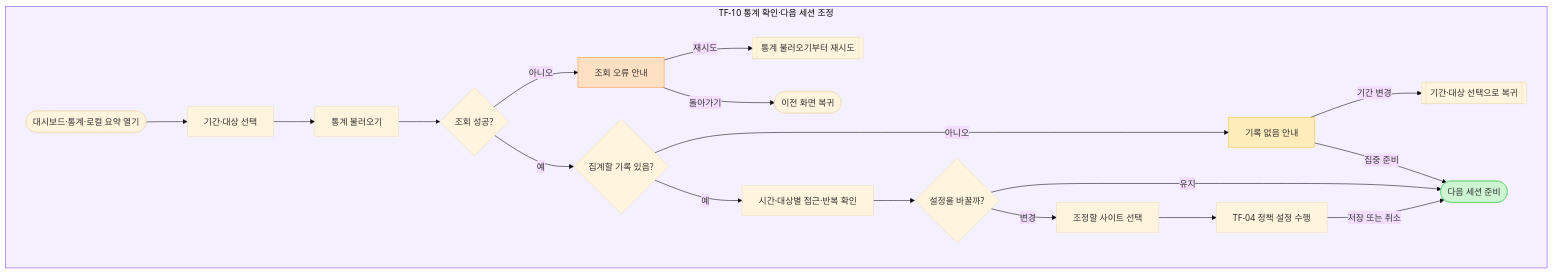
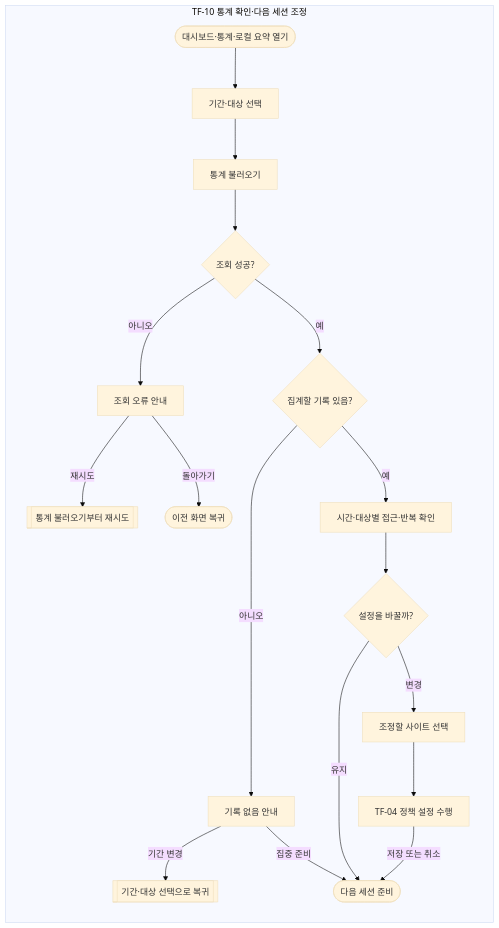
Before and after one commit to kdu-sw-capstone/capstone-project: the tenth of 13 diagrams in docs/design/01_UX_기능설계/FOCURVE_Task_Flow_v1.0.md, drawn with Mermaid (base theme). The commit also changed other lines of this file and 34 other files, not shown here.

````diff
--- a/docs/design/01_UX_기능설계/FOCURVE_Task_Flow_v1.0.md
+++ b/docs/design/01_UX_기능설계/FOCURVE_Task_Flow_v1.0.md
@@ -590,40 +559,37 @@
 ```mermaid
 flowchart TB
 subgraph taskTen["TF-10 통계 확인·다음 세션 조정"]
+    direction TB
 statOpen(["대시보드·통계·로컬 요약 열기"])
 statPeriod["기간·대상 선택"]
 statLoad["통계 불러오기"]
 statLoaded{"조회 성공?"}
 statError["조회 오류 안내"]
 statExists{"집계할 기록 있음?"}
 statEmpty["기록 없음 안내"]
 statView["시간·대상별 접근·반복 확인"]
 statAdjust{"설정을 바꿀까?"}
 statSite["조정할 사이트 선택"]
 statPolicy["TF-04 정책 설정 수행"]
 statNext(["다음 세션 준비"])
 statBack(["이전 화면 복귀"])
 statOpen --> statPeriod
 statPeriod --> statLoad
 statLoad --> statLoaded
 statLoaded -->|"아니오"| statError
 statError -->|"재시도"| statRetryLoad
 statError -->|"돌아가기"| statBack
 statLoaded -->|"예"| statExists
 statExists -->|"아니오"| statEmpty
 statEmpty -->|"기간 변경"| statRetryPeriod
 statEmpty -->|"집중 준비"| statNext
 statExists -->|"예"| statView
 statView --> statAdjust
 statAdjust -->|"유지"| statNext
 statAdjust -->|"변경"| statSite
 statSite --> statPolicy
 statPolicy -->|"저장 또는 취소"| statNext
 statRetryLoad[["통계 불러오기부터 재시도"]]
 statRetryPeriod[["기간·대상 선택으로 복귀"]]
 end
-style taskTen fill:#F5F0FF,stroke:#874FFF
-style statEmpty fill:#FFECBD,stroke:#FFC943
-style statError fill:#FFE0C2,stroke:#FF9E42
-style statNext fill:#CDF4D3,stroke:#66D575
 ```
````
